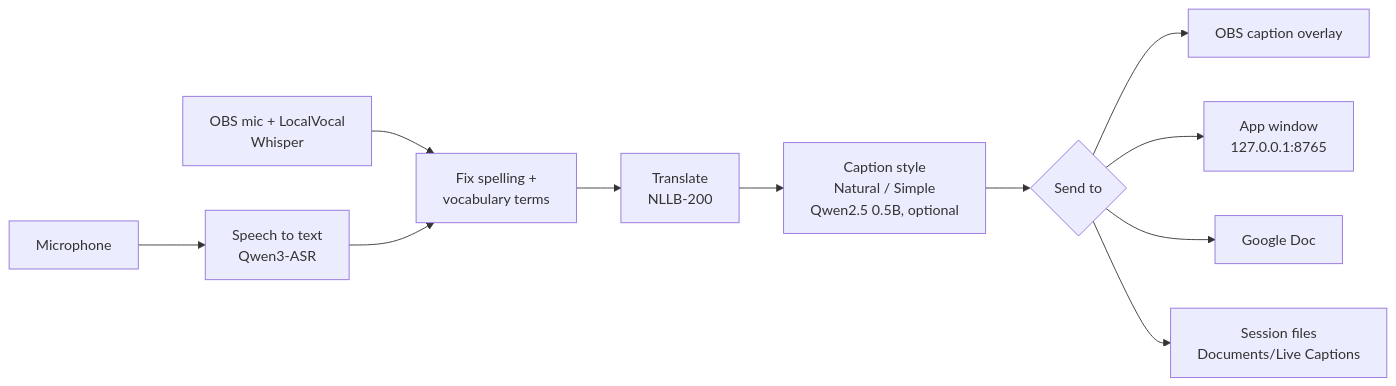
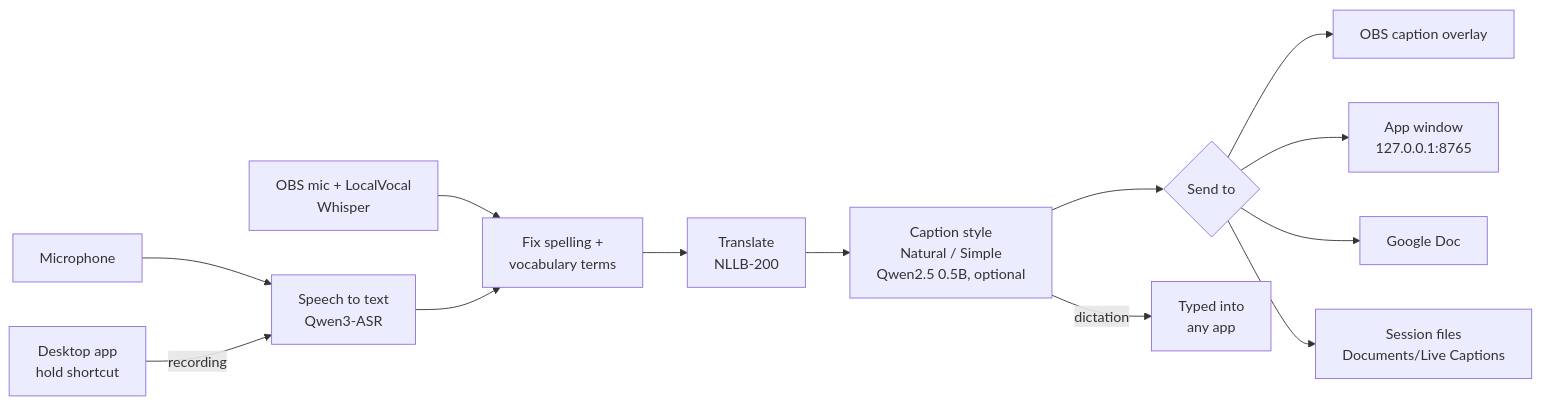
Before and after one commit to vivekarya2026/live-captions-obs: the first of 3 diagrams in docs/ARCHITECTURE.md, drawn with Mermaid. The commit also changed other lines of this file and 485 other files, not shown here.

First line of the commit message:
Desktop app: Handy fork (Tauri v2) with the Live Captions engine

````diff
--- a/docs/ARCHITECTURE.md
+++ b/docs/ARCHITECTURE.md
@@ -10,13 +10,15 @@
 ```mermaid
 flowchart LR
     MIC[Microphone] --> ASR[Speech to text<br/>Qwen3-ASR]
     OBSMIC[OBS mic + LocalVocal<br/>Whisper] --> FIX
     ASR --> FIX[Fix spelling +<br/>vocabulary terms]
     FIX --> NLLB[Translate<br/>NLLB-200]
     NLLB --> STYLE[Caption style<br/>Natural / Simple<br/>Qwen2.5 0.5B, optional]
     STYLE --> OUT{Send to}
     OUT --> OVL[OBS caption overlay]
     OUT --> WIN[App window<br/>127.0.0.1:8765]
     OUT --> DOC[Google Doc]
     OUT --> FILES[Session files<br/>Documents/Live Captions]
+    PTT[Desktop app<br/>hold shortcut] -->|recording| ASR
+    STYLE -->|dictation| TYPE[Typed into<br/>any app]
 ```
````
